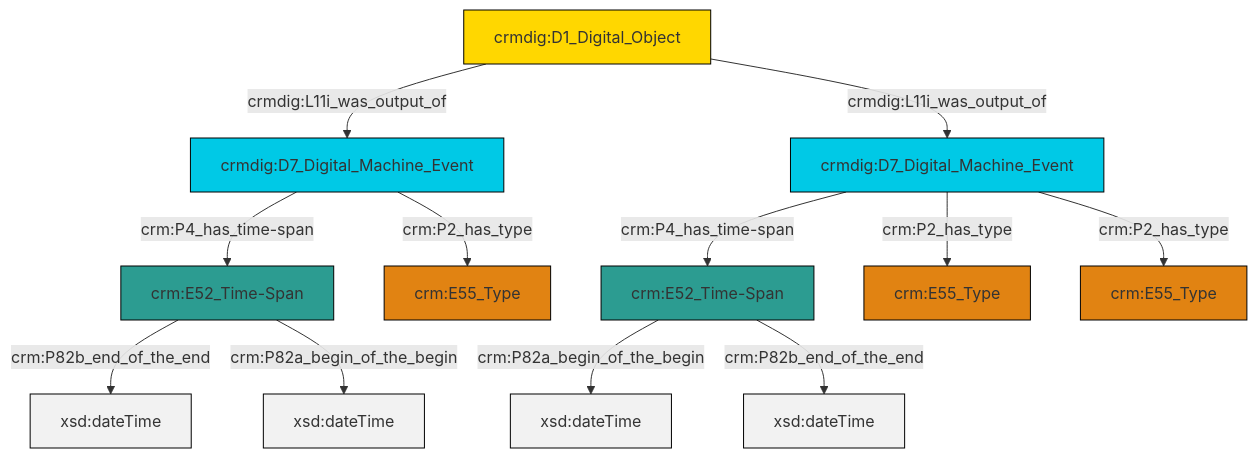
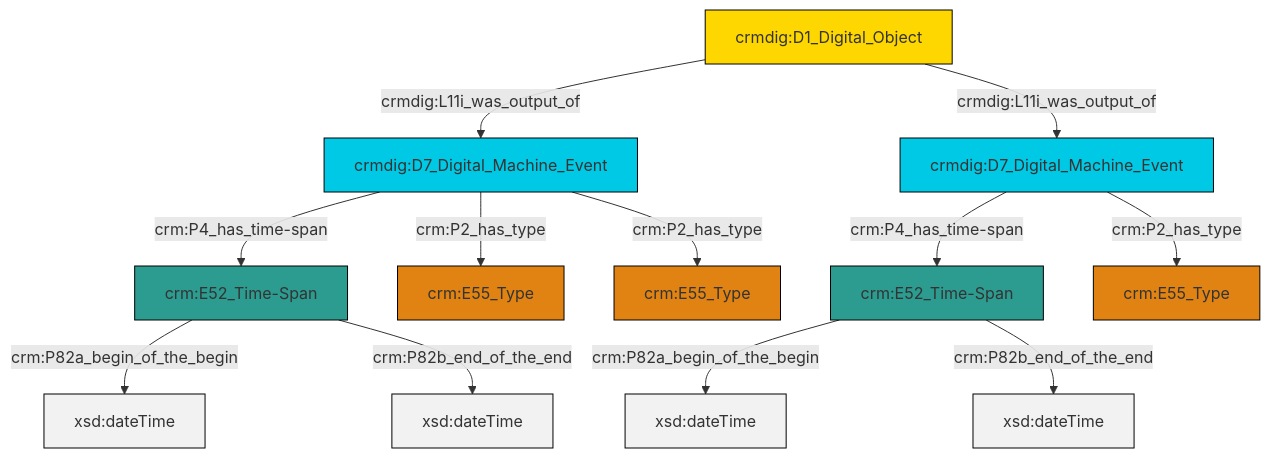
Before and after one commit to swiss-art-research-net/reference-data-models: the diagram in et/doCSV/ttl/mmd/do_existence.ttl.mmd, drawn with Mermaid. The commit also changed 128 other files, not shown here.

```diff
--- a/et/doCSV/ttl/mmd/do_existence.ttl.mmd
+++ b/et/doCSV/ttl/mmd/do_existence.ttl.mmd
@@ -1,26 +1,26 @@
 graph TD
 classDef Literal fill:#f2f2f2,stroke:#000000;
 classDef CRM_Entity fill:#FFFFFF,stroke:#000000;
 classDef Temporal_Entity fill:#00C9E6, stroke:#000000;
 classDef Type fill:#E18312, stroke:#000000;
 classDef Time-Span fill:#2C9C91, stroke:#000000;
 classDef Appellation fill:#FFEB7F, stroke:#000000;
 classDef Place fill:#008836, stroke:#000000;
 classDef Persistent_Item fill:#B266B2, stroke:#000000;
 classDef Conceptual_Object fill:#FFD700, stroke:#000000;
 classDef Physical_Thing fill:#D2B48C, stroke:#000000;
 classDef Actor fill:#f58aad, stroke:#000000;
 classDef PC_Classes fill:#4ce600, stroke:#000000;
 classDef Multi fill:#cccccc,stroke:#000000;
 
-0["crm:E52_Time-Span"]:::Time-Span -->|crm:P82a_begin_of_the_begin| 1[xsd:dateTime]:::Literal
-6["crmdig:D7_Digital_Machine_Event"]:::Temporal_Entity -->|crm:P4_has_time-span| 0["crm:E52_Time-Span"]:::Time-Span
-2["crmdig:D7_Digital_Machine_Event"]:::Temporal_Entity -->|crm:P4_has_time-span| 4["crm:E52_Time-Span"]:::Time-Span
-4["crm:E52_Time-Span"]:::Time-Span -->|crm:P82b_end_of_the_end| 7[xsd:dateTime]:::Literal
-0["crm:E52_Time-Span"]:::Time-Span -->|crm:P82b_end_of_the_end| 10[xsd:dateTime]:::Literal
-6["crmdig:D7_Digital_Machine_Event"]:::Temporal_Entity -->|crm:P2_has_type| 13["crm:E55_Type"]:::Type
-2["crmdig:D7_Digital_Machine_Event"]:::Temporal_Entity -->|crm:P2_has_type| 8["crm:E55_Type"]:::Type
-4["crm:E52_Time-Span"]:::Time-Span -->|crm:P82a_begin_of_the_begin| 19[xsd:dateTime]:::Literal
-6["crmdig:D7_Digital_Machine_Event"]:::Temporal_Entity -->|crm:P2_has_type| 11["crm:E55_Type"]:::Type
-15["crmdig:D1_Digital_Object"]:::Conceptual_Object -->|crmdig:L11i_was_output_of| 2["crmdig:D7_Digital_Machine_Event"]:::Temporal_Entity
-15["crmdig:D1_Digital_Object"]:::Conceptual_Object -->|crmdig:L11i_was_output_of| 6["crmdig:D7_Digital_Machine_Event"]:::Temporal_Entity
+0["crmdig:D7_Digital_Machine_Event"]:::Temporal_Entity -->|crm:P4_has_time-span| 4["crm:E52_Time-Span"]:::Time-Span
+0["crmdig:D7_Digital_Machine_Event"]:::Temporal_Entity -->|crm:P2_has_type| 5["crm:E55_Type"]:::Type
+0["crmdig:D7_Digital_Machine_Event"]:::Temporal_Entity -->|crm:P2_has_type| 6["crm:E55_Type"]:::Type
+4["crm:E52_Time-Span"]:::Time-Span -->|crm:P82a_begin_of_the_begin| 7[xsd:dateTime]:::Literal
+9["crmdig:D1_Digital_Object"]:::Conceptual_Object -->|crmdig:L11i_was_output_of| 0["crmdig:D7_Digital_Machine_Event"]:::Temporal_Entity
+2["crm:E52_Time-Span"]:::Time-Span -->|crm:P82a_begin_of_the_begin| 10[xsd:dateTime]:::Literal
+2["crm:E52_Time-Span"]:::Time-Span -->|crm:P82b_end_of_the_end| 13[xsd:dateTime]:::Literal
+9["crmdig:D1_Digital_Object"]:::Conceptual_Object -->|crmdig:L11i_was_output_of| 14["crmdig:D7_Digital_Machine_Event"]:::Temporal_Entity
+4["crm:E52_Time-Span"]:::Time-Span -->|crm:P82b_end_of_the_end| 16[xsd:dateTime]:::Literal
+14["crmdig:D7_Digital_Machine_Event"]:::Temporal_Entity -->|crm:P4_has_time-span| 2["crm:E52_Time-Span"]:::Time-Span
+14["crmdig:D7_Digital_Machine_Event"]:::Temporal_Entity -->|crm:P2_has_type| 17["crm:E55_Type"]:::Type
```
